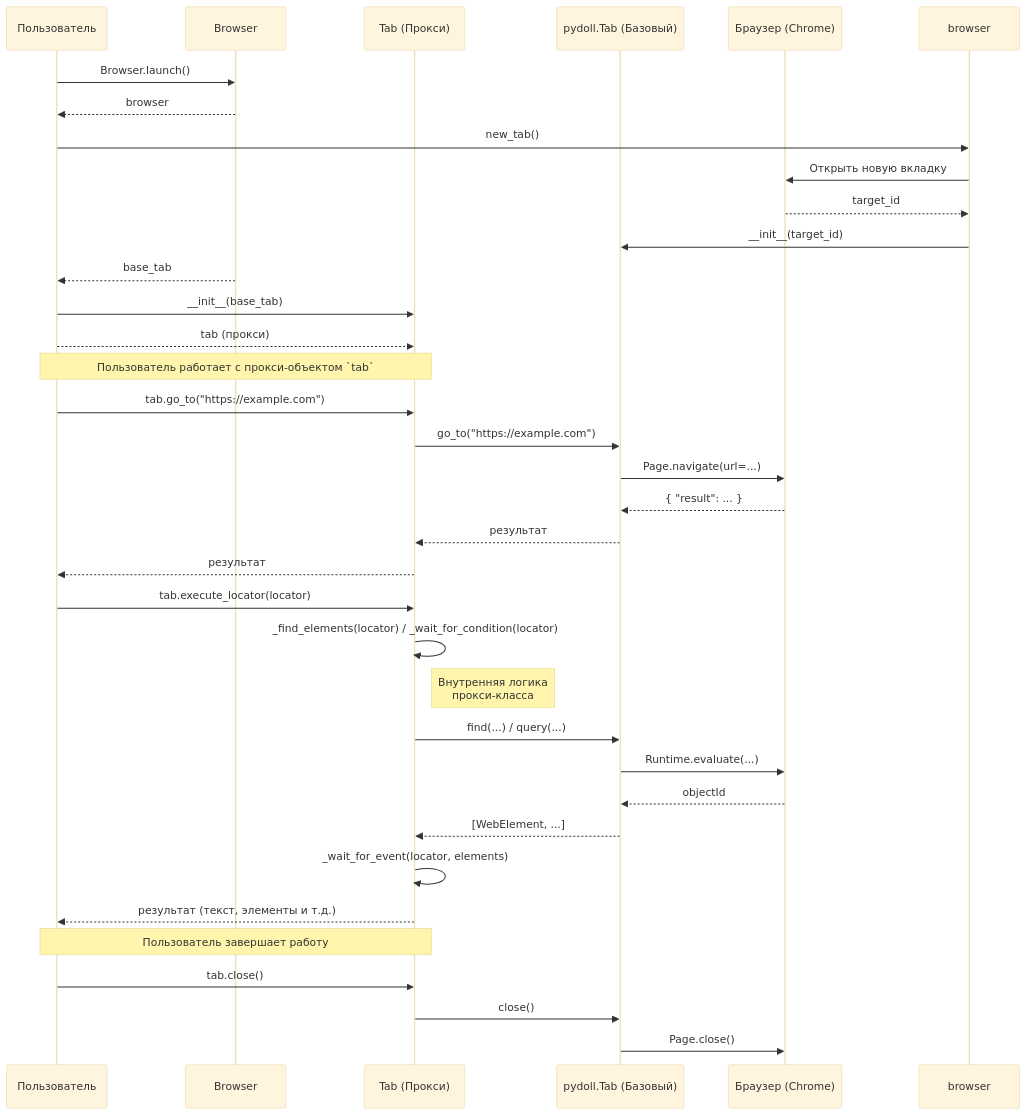
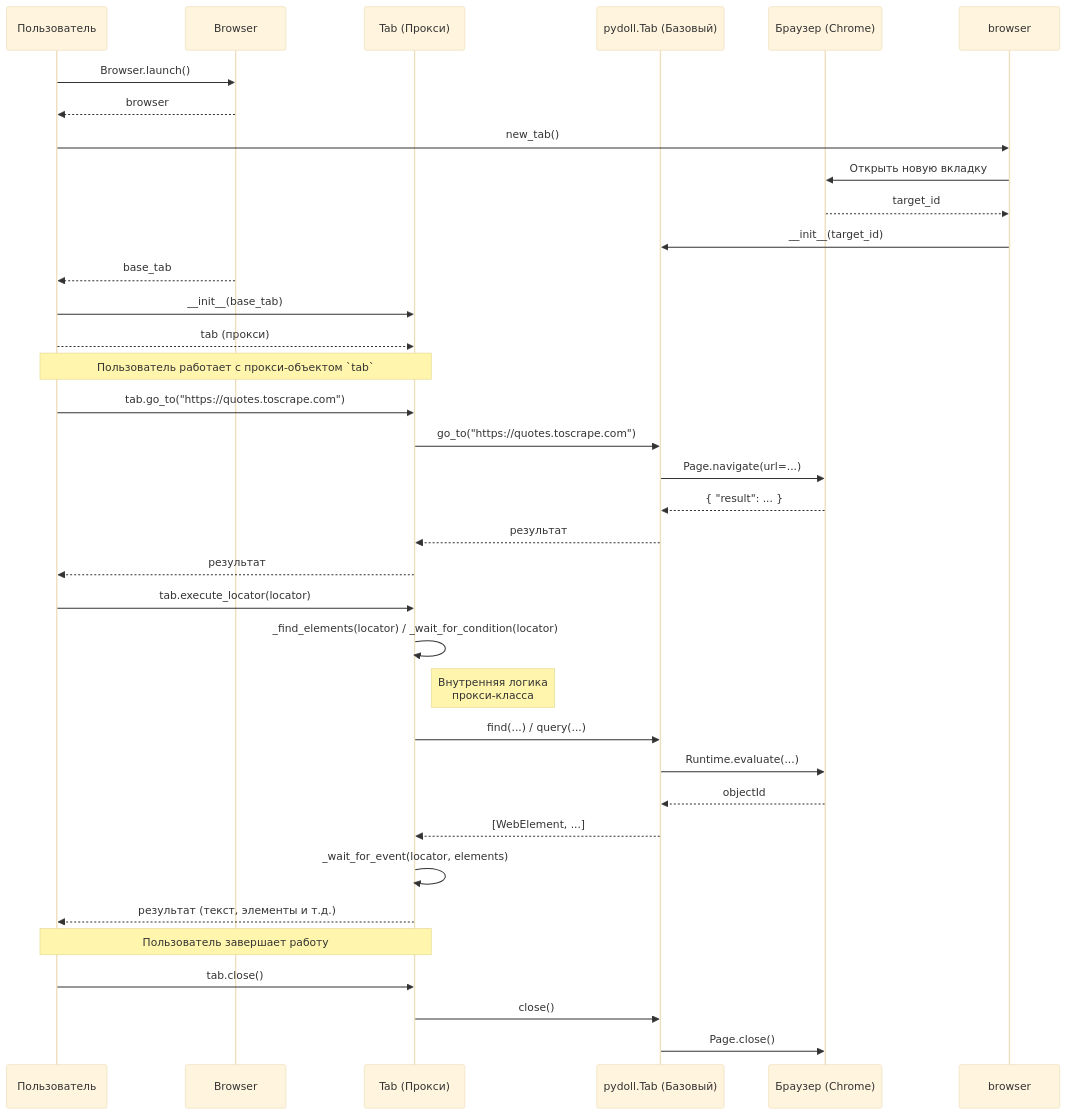
One commit to hypo69/hypotez changed the first of 3 diagrams in src/webdriver/pydoll/docs/readme.ru.md. Above: the diagram before and after it, drawn with Mermaid (base theme). The commit also changed 32 other files, not shown here.

Commit message:
в примерaх с URL:  https://example.com -> https://quotes.toscrape.com

````diff
--- a/src/webdriver/pydoll/docs/readme.ru.md
+++ b/src/webdriver/pydoll/docs/readme.ru.md
@@ -126,48 +126,48 @@
 ```mermaid
 sequenceDiagram
     participant User as Пользователь
     participant Browser
     participant TabProxy as Tab (Прокси)
     participant BaseTab as pydoll.Tab (Базовый)
     participant Chrome as Браузер (Chrome)
 
     User->>Browser: Browser.launch()
     Browser-->>User: browser
     User->>browser: new_tab()
     browser->>Chrome: Открыть новую вкладку
     Chrome-->>browser: target_id
     browser->>BaseTab: __init__(target_id)
     Browser-->>User: base_tab
     User->>TabProxy: __init__(base_tab)
     User-->>TabProxy: tab (прокси)
 
     participant User
     participant TabProxy
     participant BaseTab
     participant Chrome
 
     Note over User, TabProxy: Пользователь работает с прокси-объектом `tab`
 
-    User->>TabProxy: tab.go_to("https://example.com")
-    TabProxy->>BaseTab: go_to("https://example.com")
+    User->>TabProxy: tab.go_to("https://quotes.toscrape.com")
+    TabProxy->>BaseTab: go_to("https://quotes.toscrape.com")
     BaseTab->>Chrome: Page.navigate(url=...)
     Chrome-->>BaseTab: { "result": ... }
     BaseTab-->>TabProxy: результат
     TabProxy-->>User: результат
 
     User->>TabProxy: tab.execute_locator(locator)
     TabProxy->>TabProxy: _find_elements(locator) / _wait_for_condition(locator)
     Note right of TabProxy: Внутренняя логика<br/>прокси-класса
     TabProxy->>BaseTab: find(...) / query(...)
     BaseTab->>Chrome: Runtime.evaluate(...)
     Chrome-->>BaseTab: objectId
     BaseTab-->>TabProxy: [WebElement, ...]
     TabProxy->>TabProxy: _wait_for_event(locator, elements)
     TabProxy-->>User: результат (текст, элементы и т.д.)
 
     Note over User, TabProxy: Пользователь завершает работу
 
     User->>TabProxy: tab.close()
     TabProxy->>BaseTab: close()
     BaseTab->>Chrome: Page.close()
 ```
````
